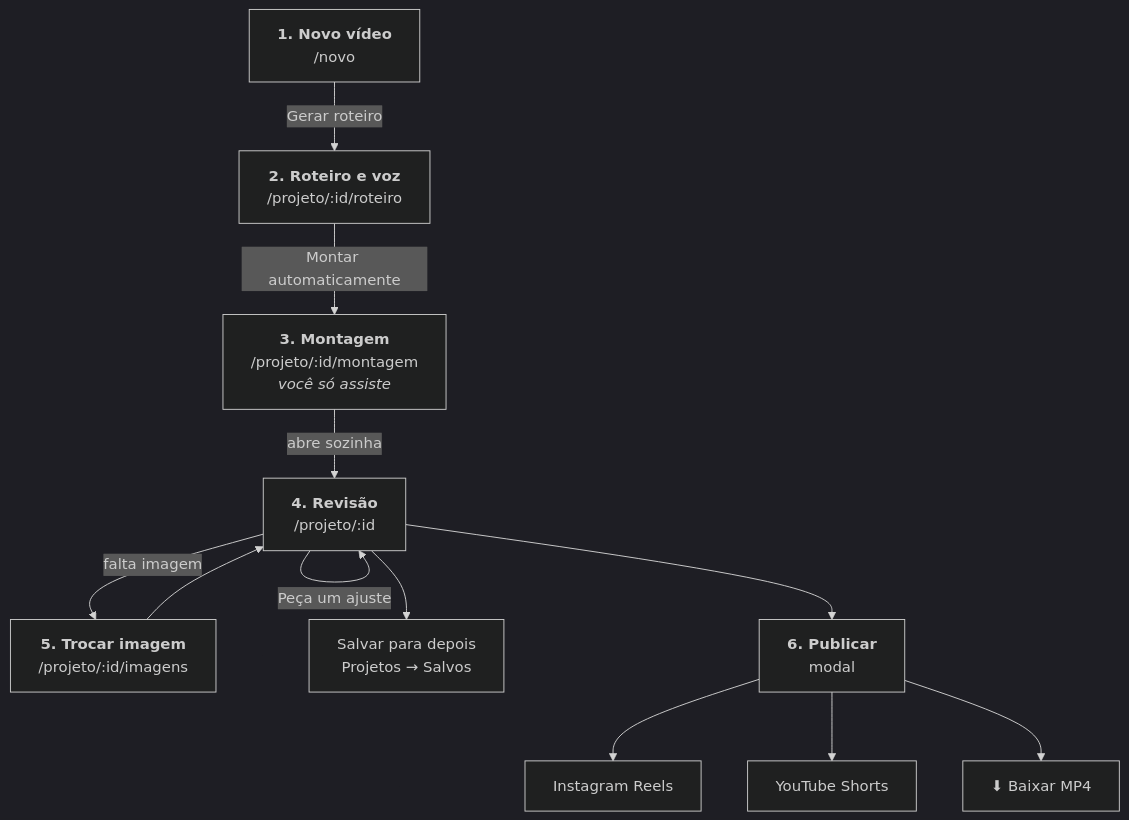
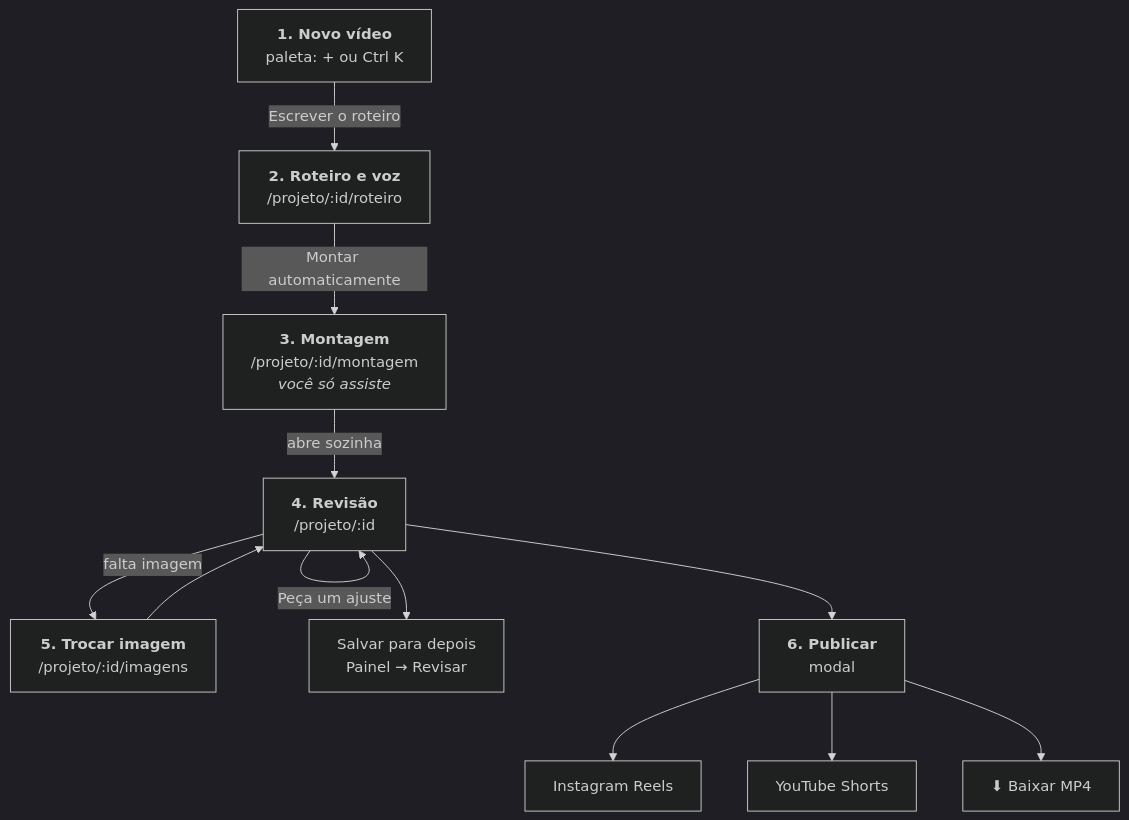
Before and after one commit to Edugiyuu/InstaSearch: the diagram in docs/diagramas/02-jornada-de-um-video.mmd, drawn with Mermaid (dark theme). The commit also changed 13 other files, not shown here.

First line of the commit message:
feat: novo vídeo como paleta, com Ctrl K (ADR 0038)

```diff
--- a/docs/diagramas/02-jornada-de-um-video.mmd
+++ b/docs/diagramas/02-jornada-de-um-video.mmd
@@ -1,12 +1,12 @@
 flowchart TD
-    N["<b>1. Novo vídeo</b><br/>/novo"] -- "Gerar roteiro" --> R["<b>2. Roteiro e voz</b><br/>/projeto/:id/roteiro"]
+    N["<b>1. Novo vídeo</b><br/>paleta: + ou Ctrl K"] -- "Escrever o roteiro" --> R["<b>2. Roteiro e voz</b><br/>/projeto/:id/roteiro"]
     R -- "Montar automaticamente" --> M["<b>3. Montagem</b><br/>/projeto/:id/montagem<br/><i>você só assiste</i>"]
     M -- "abre sozinha" --> V["<b>4. Revisão</b><br/>/projeto/:id"]
     V -- "falta imagem" --> T["<b>5. Trocar imagem</b><br/>/projeto/:id/imagens"]
     T --> V
     V -- "Peça um ajuste" --> V
     V --> P["<b>6. Publicar</b><br/>modal"]
-    V --> S["Salvar para depois<br/>Projetos → Salvos"]
+    V --> S["Salvar para depois<br/>Painel → Revisar"]
     P --> IG["Instagram Reels"]
     P --> YT["YouTube Shorts"]
     P --> DL["⬇ Baixar MP4"]
```
